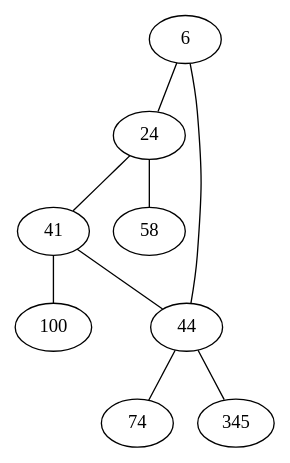
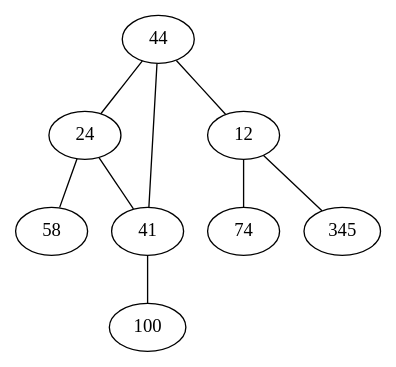
The diagram in tas_binaire/mathieu/graph_tas.dot (corentinckf/projetZ1), drawn with Graphviz before and after one commit. The commit also changed 5 other files, not shown here.

```diff
--- a/tas_binaire/mathieu/graph_tas.dot
+++ b/tas_binaire/mathieu/graph_tas.dot
@@ -1,10 +1,10 @@
 graph { 
-	6--24
-	6--44
+	44--24
+	44--12
 	24--41
 	24--58
-	44--74
-	44--345
+	12--74
+	12--345
 	41--100
 	41--44
 } 
```
